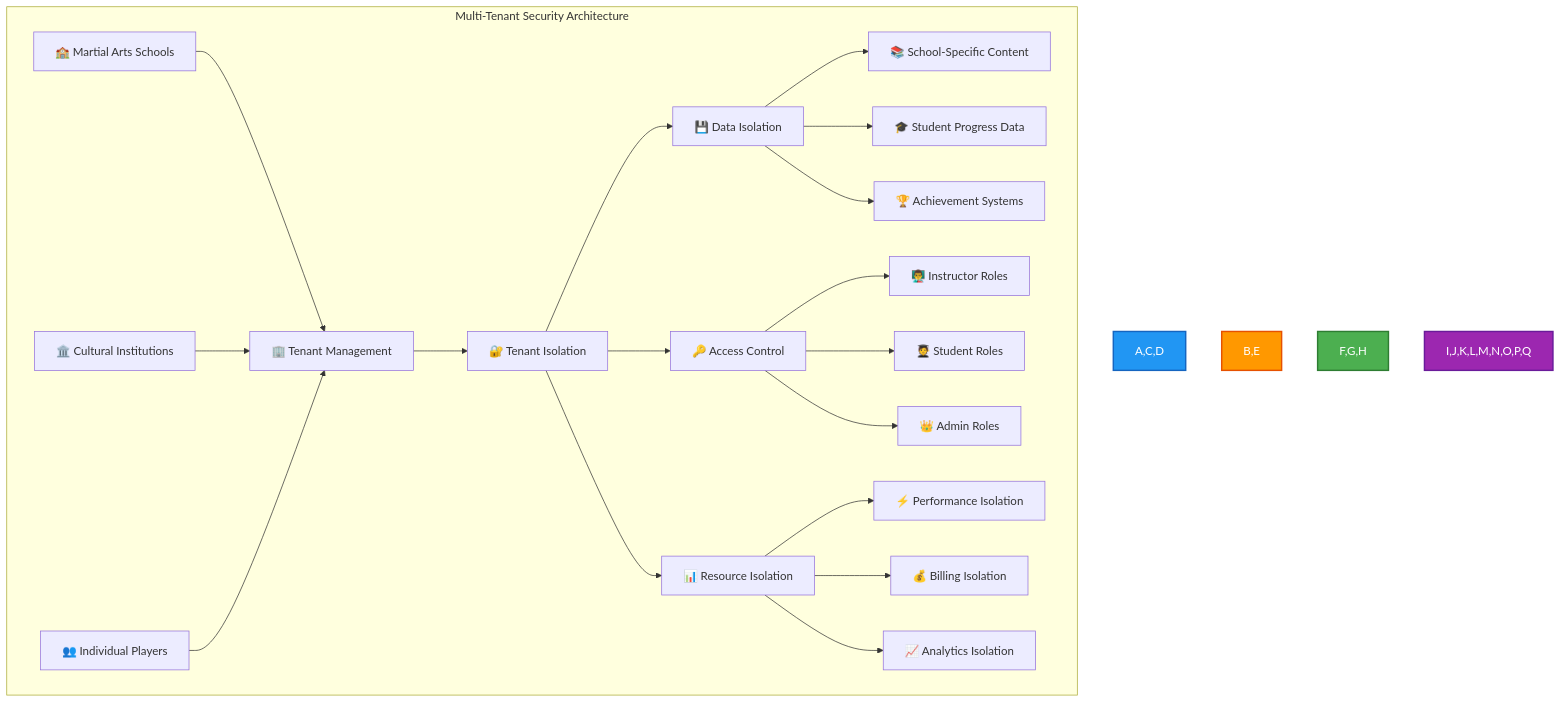
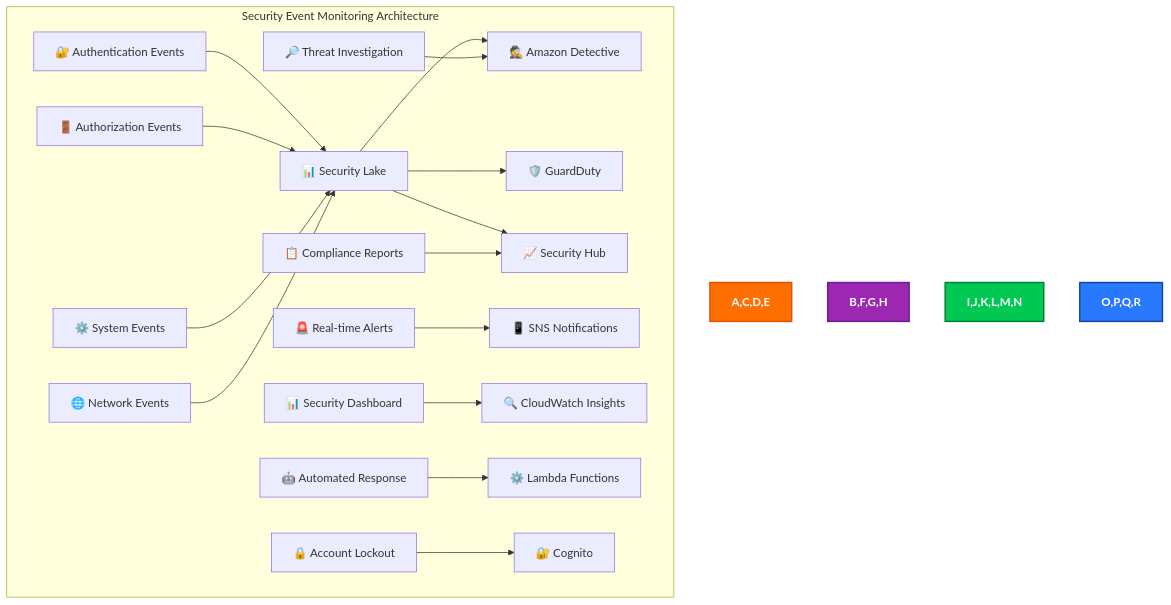
The fourth of 16 diagrams in FUTURE_SECURITY_ARCHITECTURE.md (Hack23/blacktrigram), drawn with Mermaid before and after one commit. The commit also changed other lines of this file, not shown here.

````diff
--- a/FUTURE_SECURITY_ARCHITECTURE.md
+++ b/FUTURE_SECURITY_ARCHITECTURE.md
@@ -739,30 +238,26 @@
 ```mermaid
-graph TD
-    subgraph "Multi-Tenant Security Architecture"
-        A[🏫 Martial Arts Schools] --> B[🏢 Tenant Management]
-        C[🏛️ Cultural Institutions] --> B
-        D[👥 Individual Players] --> B
+flowchart TD
+    subgraph "Security Event Monitoring Architecture"
+        A[🔐 Authentication Events] --> B[📊 Security Lake]
+        C[🚪 Authorization Events] --> B
+        D[⚙️ System Events] --> B
+        E[🌐 Network Events] --> B
 
-        B --> E[🔐 Tenant Isolation]
-        E --> F[💾 Data Isolation]
-        E --> G[🔑 Access Control]
-        E --> H[📊 Resource Isolation]
+        B --> F[🕵️ Amazon Detective]
+        B --> G[🛡️ GuardDuty]
+        B --> H[📈 Security Hub]
 
-        F --> I[📚 School-Specific Content]
-        F --> J[🎓 Student Progress Data]
-        F --> K[🏆 Achievement Systems]
+        I[🚨 Real-time Alerts] --> J[📱 SNS Notifications]
+        K[📊 Security Dashboard] --> L[🔍 CloudWatch Insights]
+        M[🔎 Threat Investigation] --> F
+        N[📋 Compliance Reports] --> H
 
-        G --> L[👨‍🏫 Instructor Roles]
-        G --> M[🧑‍🎓 Student Roles]
-        G --> N[👑 Admin Roles]
-
-        H --> O[⚡ Performance Isolation]
-        H --> P[💰 Billing Isolation]
-        H --> Q[📈 Analytics Isolation]
+        O[🤖 Automated Response] --> P[⚙️ Lambda Functions]
+        Q[🔒 Account Lockout] --> R[🔐 Cognito]
     end
 
-    style A,C,D fill:#2196F3,stroke:#1565C0,stroke-width:2px,color:white
-    style B,E fill:#FF9800,stroke:#E65100,stroke-width:2px,color:white
-    style F,G,H fill:#4CAF50,stroke:#2E7D32,stroke-width:2px,color:white
-    style I,J,K,L,M,N,O,P,Q fill:#9C27B0,stroke:#6A1B9A,stroke-width:2px,color:white
+    style A,C,D,E fill:#FF6F00,stroke:#E65100,stroke-width:2px,color:white,font-weight:bold
+    style B,F,G,H fill:#9C27B0,stroke:#6A1B9A,stroke-width:2px,color:white,font-weight:bold
+    style I,J,K,L,M,N fill:#00C853,stroke:#007E33,stroke-width:2px,color:white,font-weight:bold
+    style O,P,Q,R fill:#2979FF,stroke:#0D47A1,stroke-width:2px,color:white,font-weight:bold
 ```
````
